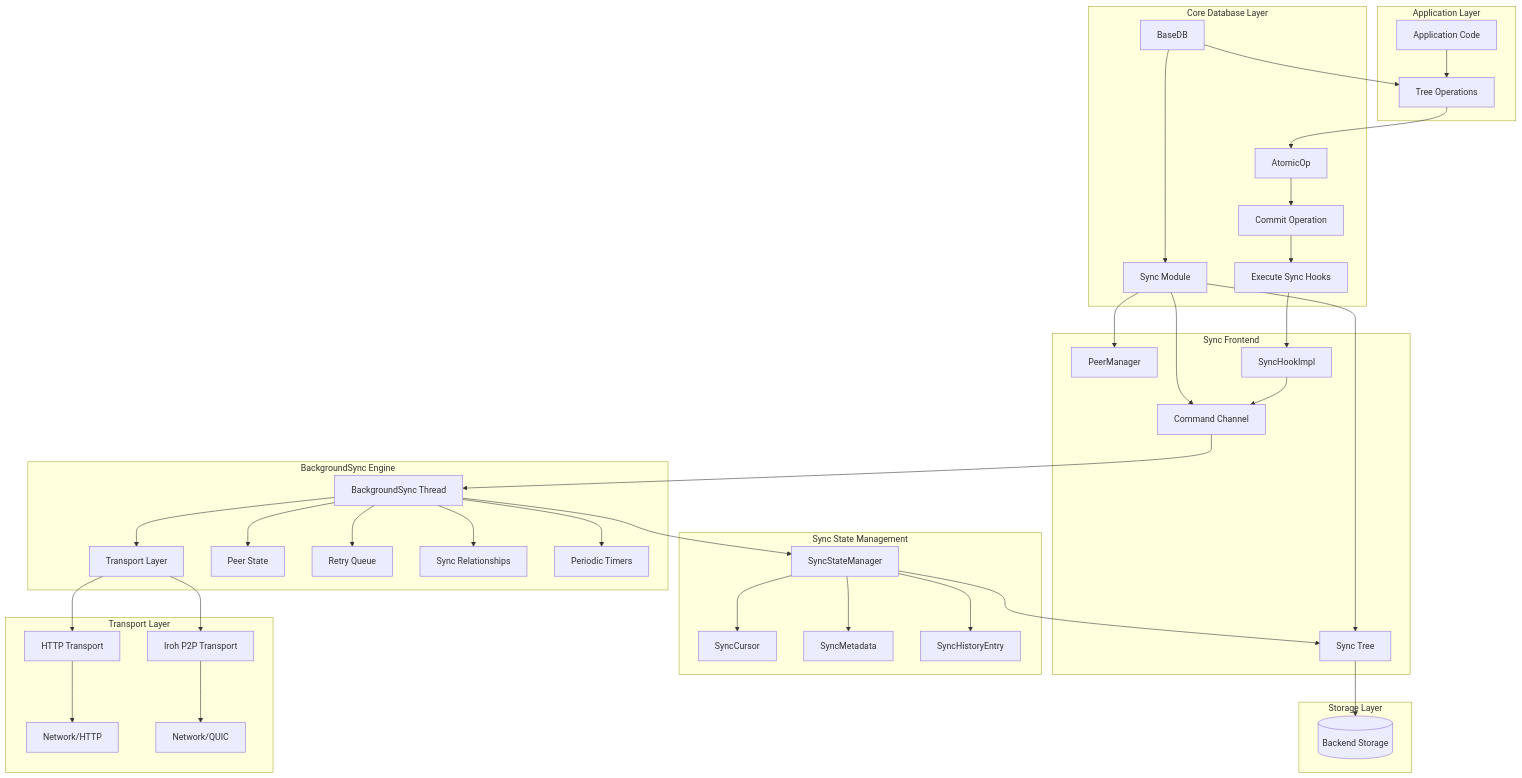
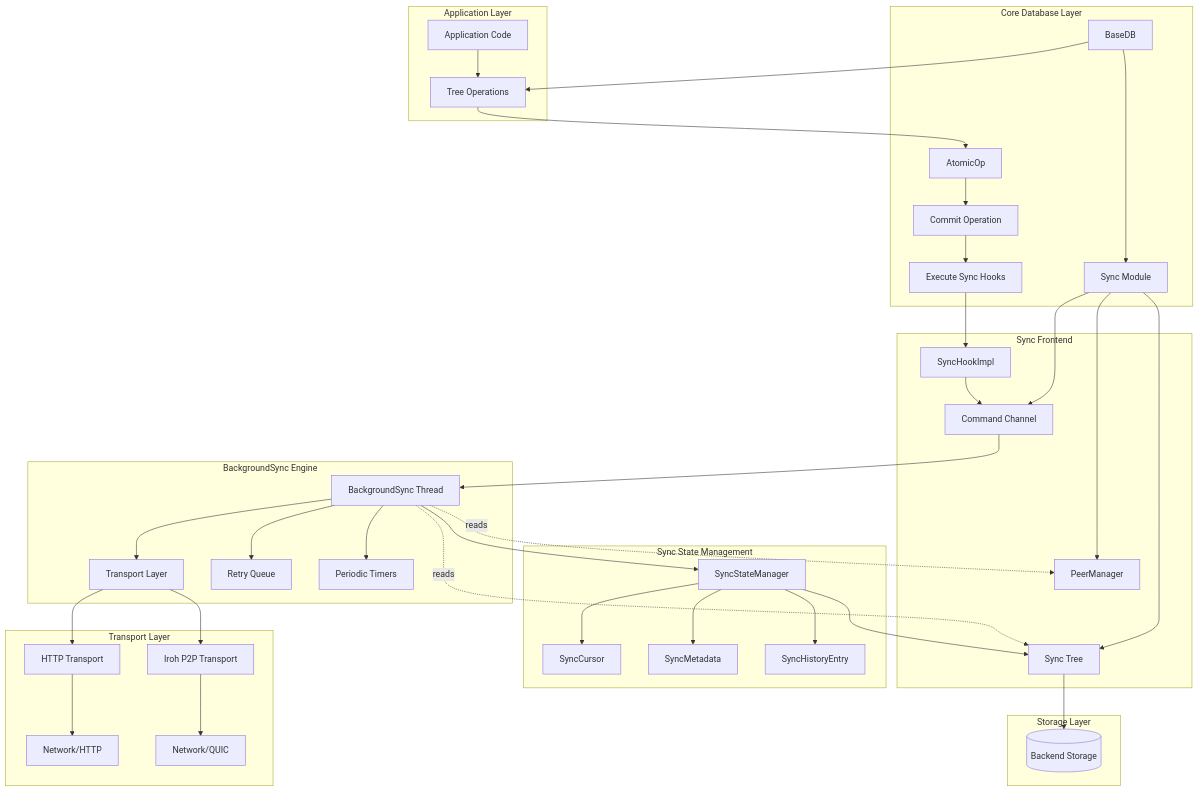
The first of 5 diagrams in docs/src/internal/core_components/synchronization.md (arcuru/eidetica), drawn with Mermaid before and after one commit. The commit also changed other lines of this file and 14 other files, not shown here.

First line of the commit message:
refactor(sync): migrate peer state to sync tree storage

````diff
--- a/docs/src/internal/core_components/synchronization.md
+++ b/docs/src/internal/core_components/synchronization.md
@@ -16,55 +16,55 @@
 ```mermaid
 graph TB
     subgraph "Application Layer"
         APP[Application Code] --> TREE[Tree Operations]
     end
 
     subgraph "Core Database Layer"
         TREE --> ATOMICOP[AtomicOp]
         BASEDB[BaseDB] --> TREE
         BASEDB --> SYNC[Sync Module]
         ATOMICOP --> COMMIT[Commit Operation]
         COMMIT --> HOOKS[Execute Sync Hooks]
     end
 
     subgraph "Sync Frontend"
         SYNC[Sync Module] --> CMDTX[Command Channel]
         SYNC --> PEERMGR[PeerManager]
         SYNC --> SYNCTREE[Sync Tree]
         HOOKS --> SYNCHOOK[SyncHookImpl]
         SYNCHOOK --> CMDTX
     end
 
     subgraph "BackgroundSync Engine"
         CMDTX --> BGSYNC[BackgroundSync Thread]
         BGSYNC --> TRANSPORT[Transport Layer]
-        BGSYNC --> PEERS[Peer State]
         BGSYNC --> RETRY[Retry Queue]
-        BGSYNC --> RELATIONSHIPS[Sync Relationships]
         BGSYNC --> TIMERS[Periodic Timers]
+        BGSYNC -.->|reads| SYNCTREE[Sync Tree]
+        BGSYNC -.->|reads| PEERMGR[PeerManager]
     end
 
     subgraph "Sync State Management"
         SYNCSTATE[SyncStateManager]
         SYNCCURSOR[SyncCursor]
         SYNCMETA[SyncMetadata]
         SYNCHISTORY[SyncHistoryEntry]
         SYNCSTATE --> SYNCCURSOR
         SYNCSTATE --> SYNCMETA
         SYNCSTATE --> SYNCHISTORY
         BGSYNC --> SYNCSTATE
     end
 
     subgraph "Storage Layer"
         BACKEND[(Backend Storage)]
         SYNCTREE --> BACKEND
         SYNCSTATE --> SYNCTREE
     end
 
     subgraph "Transport Layer"
         TRANSPORT --> HTTP[HTTP Transport]
         TRANSPORT --> IROH[Iroh P2P Transport]
         HTTP --> NETWORK1[Network/HTTP]
         IROH --> NETWORK2[Network/QUIC]
     end
 ```
````
